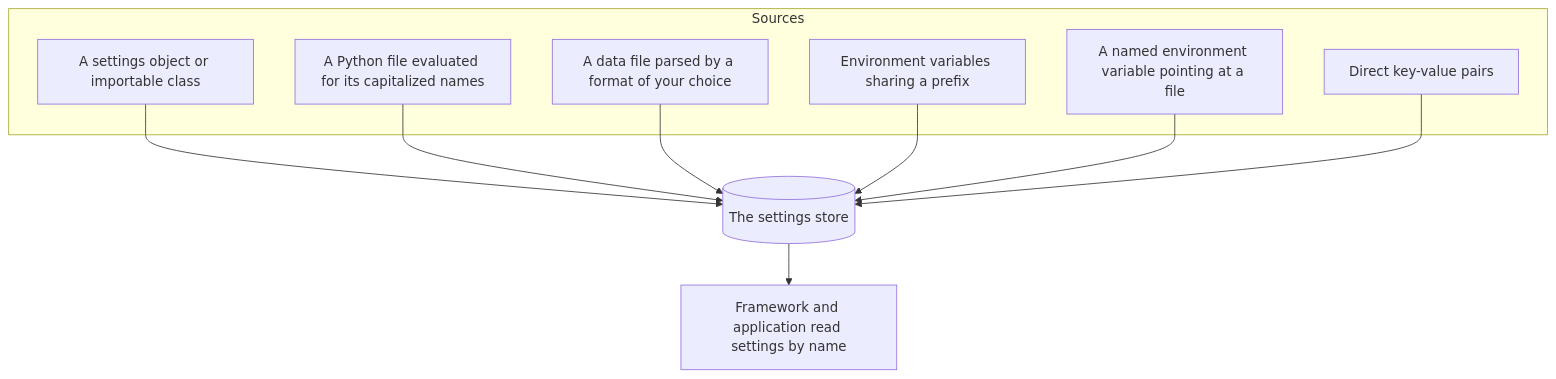
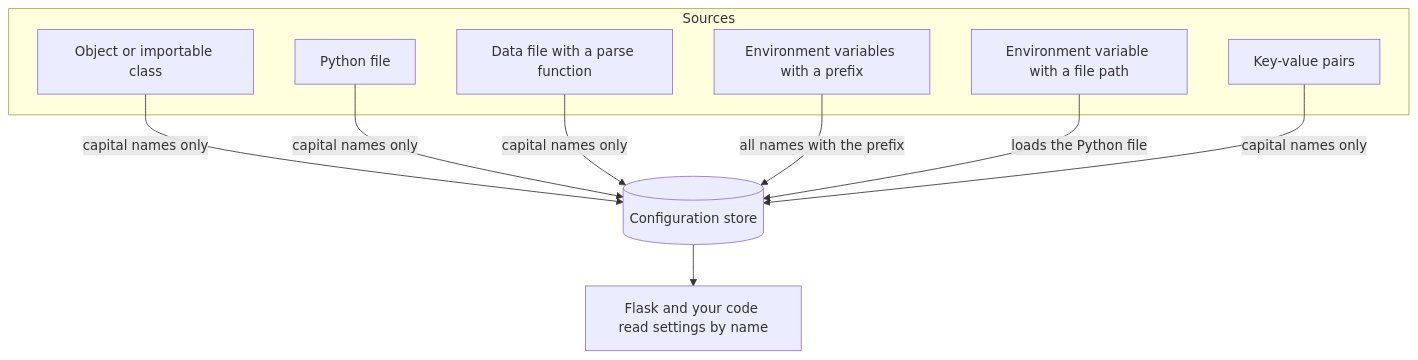
One commit to KeunwooPark/cluedoc changed the second of 3 diagrams in docs/examples/flask/.cluedoc/configuration/README.md. Above: the diagram before and after it, drawn with Mermaid. The commit also changed other lines of this file and 22 other files, not shown here.

````diff
--- a/docs/examples/flask/.cluedoc/configuration/README.md
+++ b/docs/examples/flask/.cluedoc/configuration/README.md
@@ -42,18 +61,18 @@
 ```mermaid
 flowchart TD
     subgraph Sources
-        S1[A settings object or importable class]
-        S2[A Python file evaluated for its capitalized names]
-        S3[A data file parsed by a format of your choice]
-        S4[Environment variables sharing a prefix]
-        S5[A named environment variable pointing at a file]
-        S6[Direct key-value pairs]
+        S1["Object or importable class"]
+        S2["Python file"]
+        S3["Data file with a parse function"]
+        S4["Environment variables with a prefix"]
+        S5["Environment variable with a file path"]
+        S6["Key-value pairs"]
     end
-    S1 --> STORE[(The settings store)]
-    S2 --> STORE
-    S3 --> STORE
-    S4 --> STORE
-    S5 --> STORE
-    S6 --> STORE
-    STORE --> READ[Framework and application read settings by name]
+    S1 -->|"capital names only"| STORE[("Configuration store")]
+    S2 -->|"capital names only"| STORE
+    S3 -->|"capital names only"| STORE
+    S4 -->|"all names with the prefix"| STORE
+    S5 -->|"loads the Python file"| STORE
+    S6 -->|"capital names only"| STORE
+    STORE --> READ["Flask and your code read settings by name"]
 ```
````
